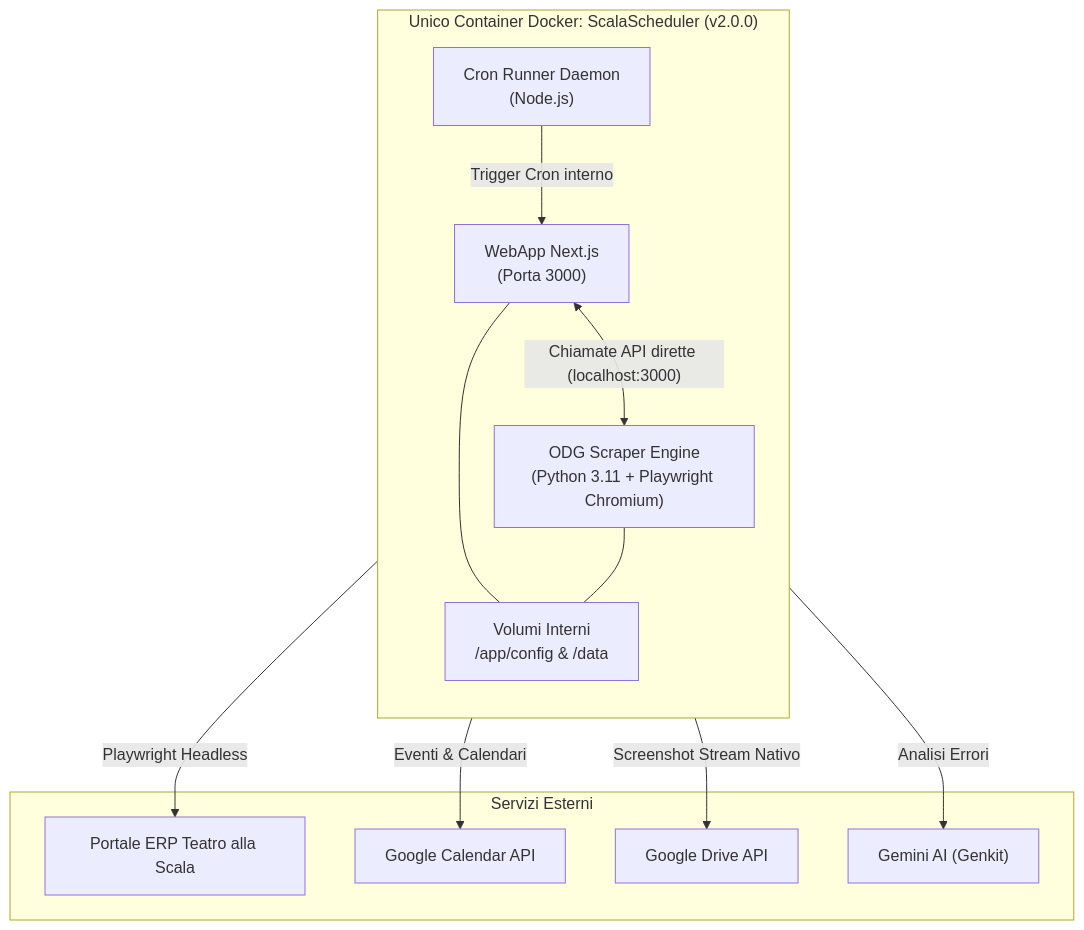
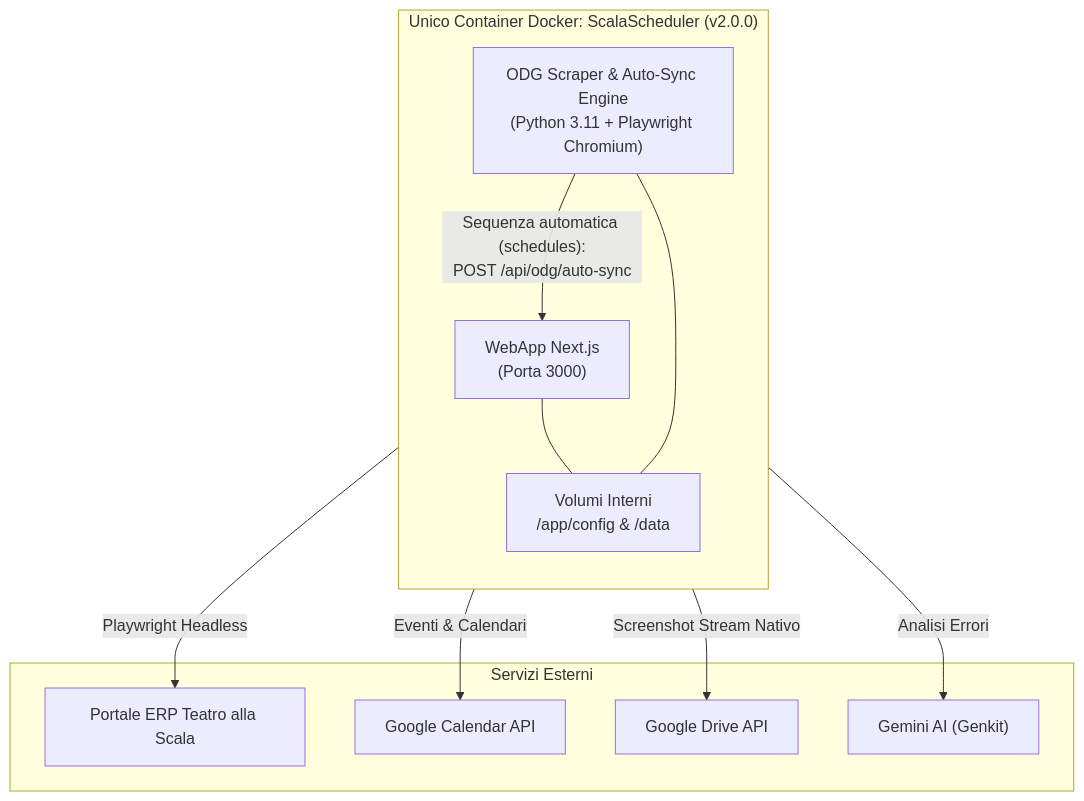
Before and after one commit to ciacky85/ScalaScheduler: the diagram in README.md, drawn with Mermaid. The commit also changed other lines of this file and 24 other files, not shown here.

First line of the commit message:
feat(v2.1.0): implement ODG visual diffing, auto-sync and single-container cron consolidation

````diff
--- a/README.md
+++ b/README.md
@@ -70,27 +71,25 @@
 ```mermaid
 graph TD
     subgraph "Unico Container Docker: ScalaScheduler (v2.0.0)"
         direction TB
         A["WebApp Next.js<br/>(Porta 3000)"]
-        B["ODG Scraper Engine<br/>(Python 3.11 + Playwright Chromium)"]
-        C["Cron Runner Daemon<br/>(Node.js)"]
+        B["ODG Scraper & Auto-Sync Engine<br/>(Python 3.11 + Playwright Chromium)"]
         D["Volumi Interni<br/>/app/config & /data"]
         
-        A <-->|"Chiamate API dirette (localhost:3000)"| B
-        C -->|"Trigger Cron interno"| A
+        B -->|"Sequenza automatica (schedules):<br/>POST /api/odg/auto-sync"| A
         A --- D
         B --- D
     end
 
     subgraph "Servizi Esterni"
         E["Portale ERP Teatro alla Scala"]
         F["Google Calendar API"]
         G["Google Drive API"]
         H["Gemini AI (Genkit)"]
     end
 
     B -->|"Playwright Headless"| E
     A -->|"Eventi & Calendari"| F
     A -->|"Screenshot Stream Nativo"| G
     A -->|"Analisi Errori"| H
 ```
````
